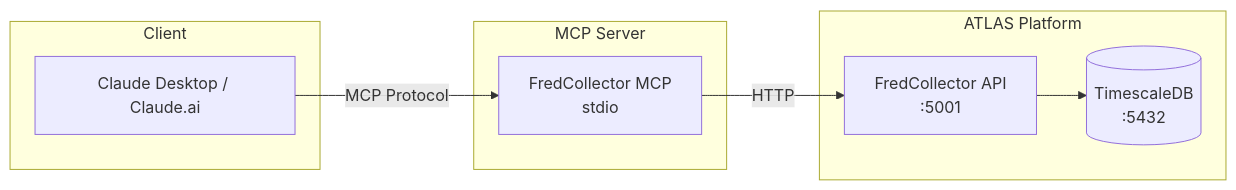
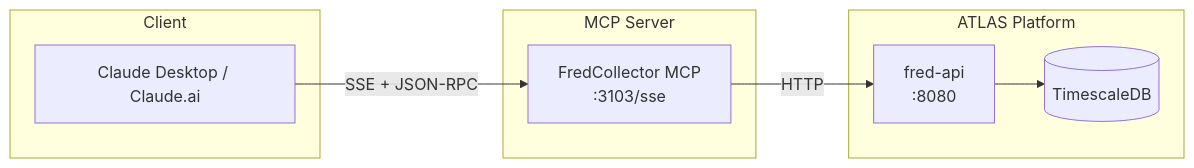
One commit to jpansarasa/ATLAS-Docs changed the diagram in FredCollectorMcp/README.md. Above: the diagram before and after it, drawn with Mermaid. The commit also changed other lines of this file and 5 other files, not shown here.

````diff
--- a/FredCollectorMcp/README.md
+++ b/FredCollectorMcp/README.md
@@ -17,19 +16,19 @@
 ```mermaid
 flowchart LR
     subgraph Client
         CD[Claude Desktop / Claude.ai]
     end
     
     subgraph MCP Server
-        MCP[FredCollector MCP\nstdio]
+        MCP[FredCollector MCP\n:3103/sse]
     end
     
     subgraph ATLAS Platform
-        API[FredCollector API\n:5001]
-        DB[(TimescaleDB\n:5432)]
+        API[fred-api\n:8080]
+        DB[(TimescaleDB)]
     end
-    
-    CD -->|MCP Protocol| MCP
+
+    CD -->|SSE + JSON-RPC| MCP
     MCP -->|HTTP| API
     API --> DB
 ```
````
